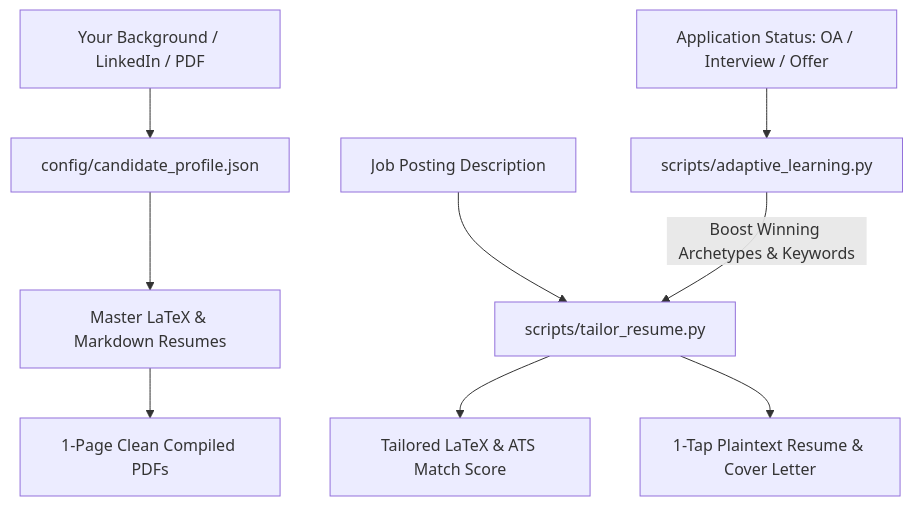
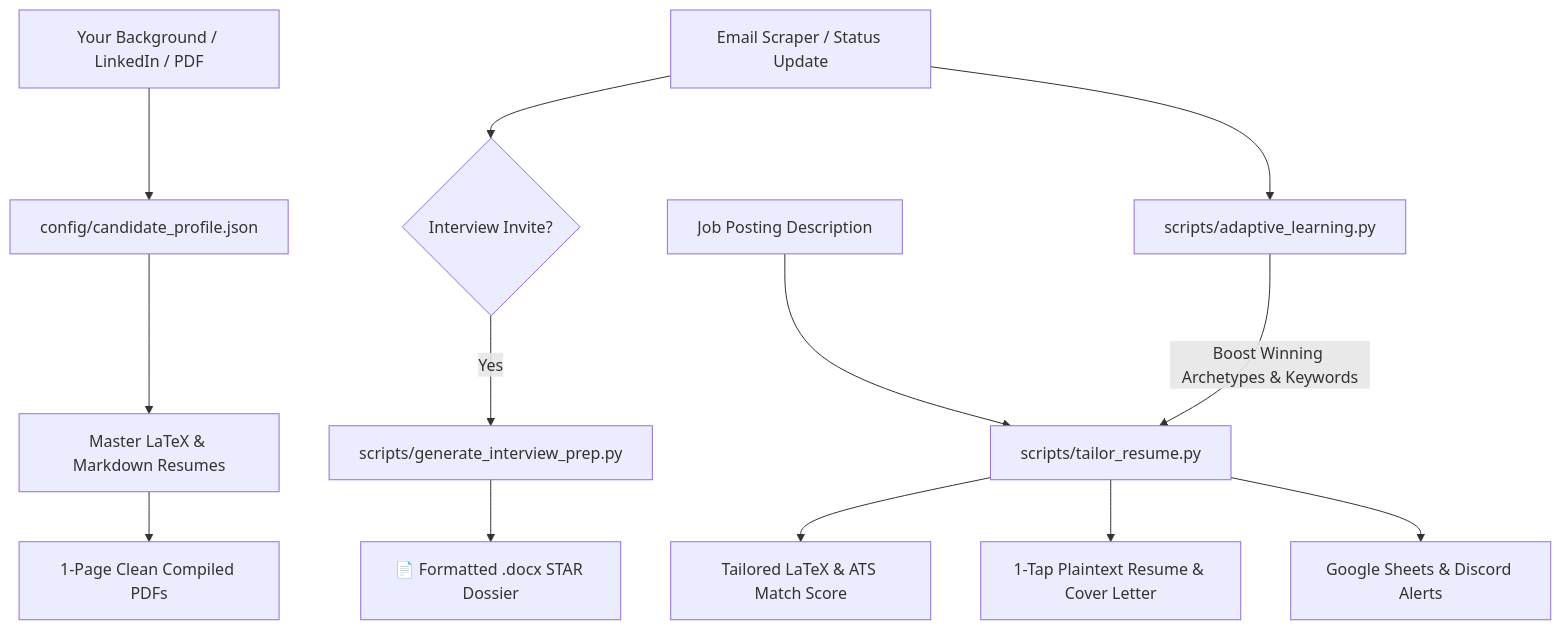
One commit to justintime1888/adaptive-resume-ai changed the diagram in README.md. Above: the diagram before and after it, drawn with Mermaid. The commit also changed other lines of this file and 9 other files, not shown here.

Commit message:
Add STAR interview prep docx generator, Gmail scraper, Google Sheets sync, and Discord notifications

````diff
--- a/README.md
+++ b/README.md
@@ -18,11 +18,15 @@
 ```mermaid
 graph TD
     A[Your Background / LinkedIn / PDF] --> B[config/candidate_profile.json]
     B --> C[Master LaTeX & Markdown Resumes]
     C --> D[1-Page Clean Compiled PDFs]
     E[Job Posting Description] --> F[scripts/tailor_resume.py]
     F --> G[Tailored LaTeX & ATS Match Score]
     F --> H[1-Tap Plaintext Resume & Cover Letter]
-    I[Application Status: OA / Interview / Offer] --> J[scripts/adaptive_learning.py]
-    J -->|Boost Winning Archetypes & Keywords| F
+    I[Email Scraper / Status Update] --> J{Interview Invite?}
+    J -->|Yes| K[scripts/generate_interview_prep.py]
+    K --> L[📄 Formatted .docx STAR Dossier]
+    I --> M[scripts/adaptive_learning.py]
+    M -->|Boost Winning Archetypes & Keywords| F
+    F --> N[Google Sheets & Discord Alerts]
 ```
````
